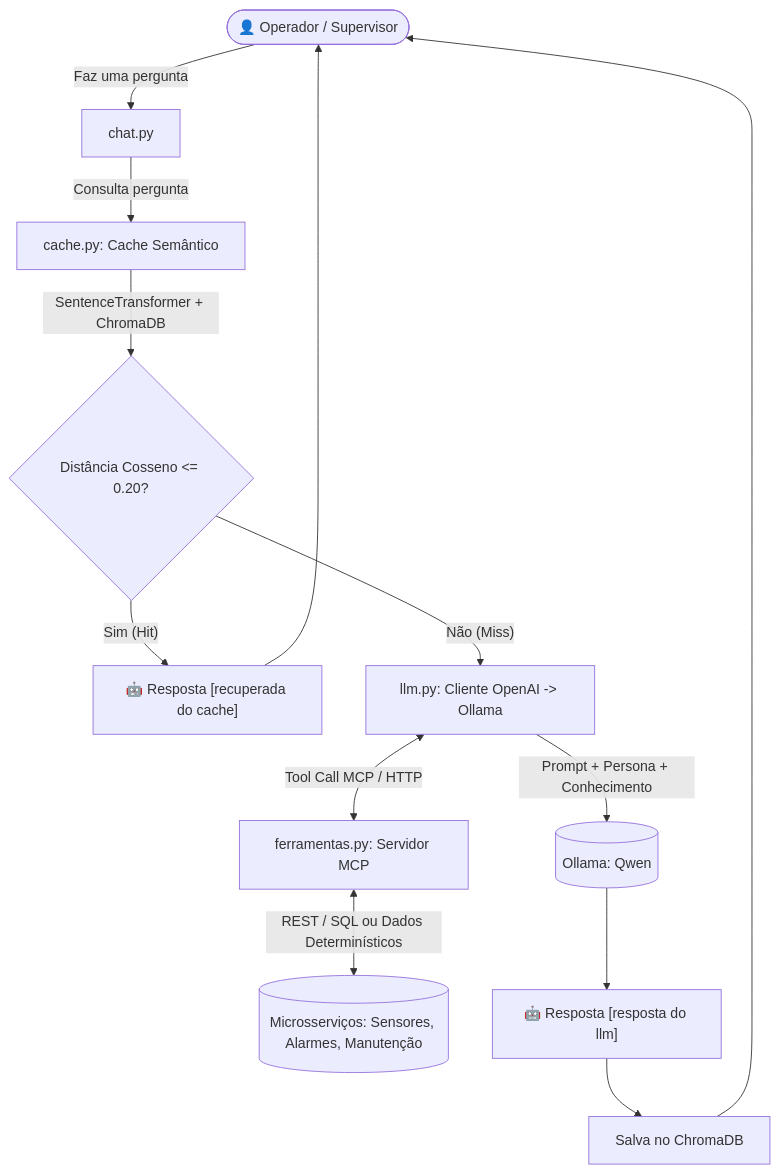
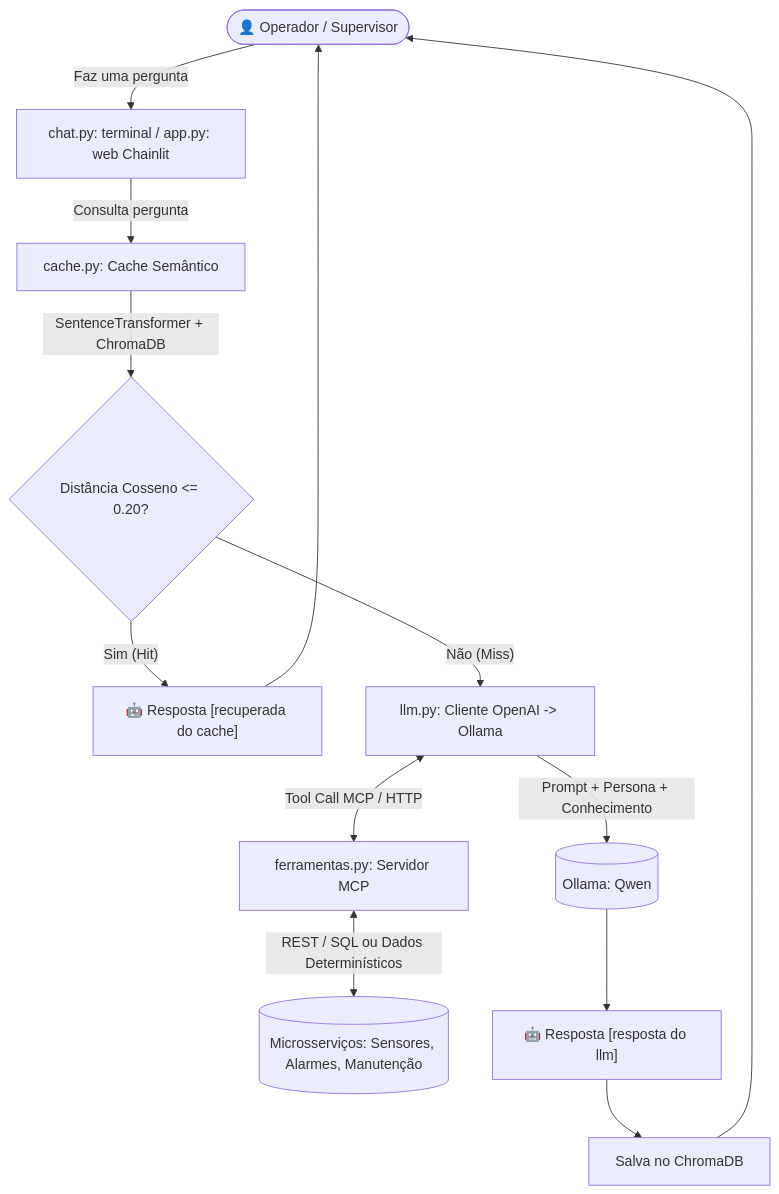
One commit to sidgubert/supervisorio-especialista changed the diagram in README.md. Above: the diagram before and after it, drawn with Mermaid. The commit also changed other lines of this file and 33 other files, not shown here.

First line of the commit message:
feat: interface web com Chainlit e figura de funcionamento atualizada

````diff
--- a/README.md
+++ b/README.md
@@ -38,15 +40,15 @@
 ```mermaid
 flowchart TD
-    Usuario([👤 Operador / Supervisor]) -->|Faz uma pergunta| Chat[chat.py]
+    Usuario([👤 Operador / Supervisor]) -->|Faz uma pergunta| Chat[chat.py: terminal / app.py: web Chainlit]
     Chat -->|Consulta pergunta| Cache[cache.py: Cache Semântico]
     Cache -->|SentenceTransformer + ChromaDB| CosineCheck{Distância Cosseno <= 0.20?}
     CosineCheck -- Sim (Hit) --> RespostaCache["🤖 Resposta [recuperada do cache]"]
     RespostaCache --> Usuario
     CosineCheck -- Não (Miss) --> LLMCall[llm.py: Cliente OpenAI -> Ollama]
     LLMCall <-->|Tool Call MCP / HTTP| MCPServer[ferramentas.py: Servidor MCP]
     MCPServer <-->|REST / SQL ou Dados Determinísticos| Servicos[(Microsserviços: Sensores, Alarmes, Manutenção)]
     LLMCall -->|Prompt + Persona + Conhecimento| OllamaLocal[(Ollama: Qwen)]
     OllamaLocal --> RespostaLLM["🤖 Resposta [resposta do llm]"]
     RespostaLLM --> GravarCache[Salva no ChromaDB]
     GravarCache --> Usuario
 ```
````
